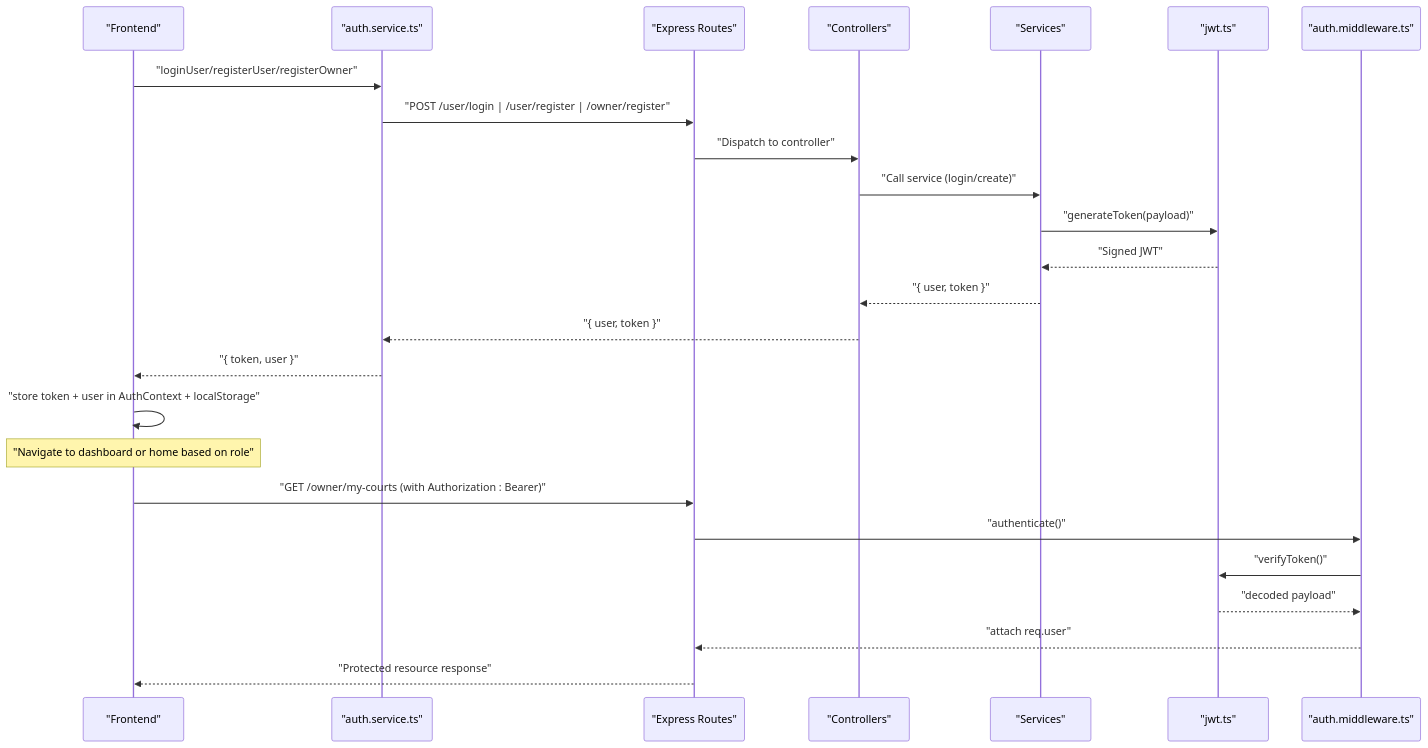
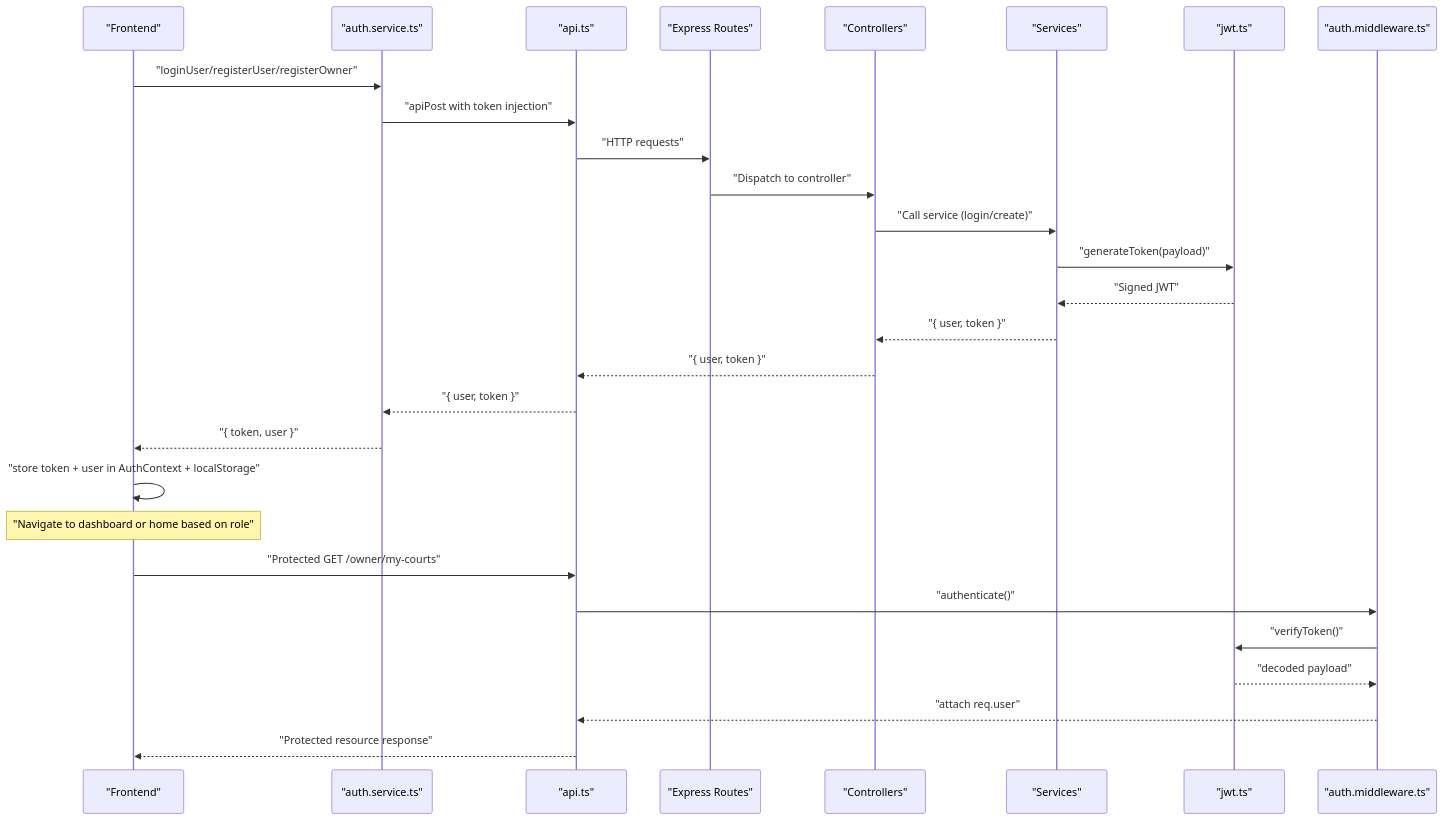
The second of 10 diagrams in .qoder/repowiki/en/content/Authentication & Authorization/Authentication & Authorization.md (nguyencongtrung2001/Do-An), drawn with Mermaid before and after one commit. The commit also changed other lines of this file and 12 other files, not shown here.

````diff
--- a/.qoder/repowiki/en/content/Authentication & Authorization/Authentication & Authorization.md
+++ b/.qoder/repowiki/en/content/Authentication & Authorization/Authentication & Authorization.md
@@ -140,27 +164,30 @@
 ```mermaid
 sequenceDiagram
 participant FE as "Frontend"
 participant SVC as "auth.service.ts"
-participant API as "Express Routes"
+participant API as "api.ts"
+participant ROUTES as "Express Routes"
 participant CTRL as "Controllers"
 participant SRV as "Services"
 participant JWT as "jwt.ts"
 participant M as "auth.middleware.ts"
 FE->>SVC : "loginUser/registerUser/registerOwner"
-SVC->>API : "POST /user/login | /user/register | /owner/register"
-API->>CTRL : "Dispatch to controller"
+SVC->>API : "apiPost with token injection"
+API->>ROUTES : "HTTP requests"
+ROUTES->>CTRL : "Dispatch to controller"
 CTRL->>SRV : "Call service (login/create)"
 SRV->>JWT : "generateToken(payload)"
 JWT-->>SRV : "Signed JWT"
 SRV-->>CTRL : "{ user, token }"
-CTRL-->>SVC : "{ user, token }"
+CTRL-->>API : "{ user, token }"
+API-->>SVC : "{ user, token }"
 SVC-->>FE : "{ token, user }"
 FE->>FE : "store token + user in AuthContext + localStorage"
 Note over FE : "Navigate to dashboard or home based on role"
-FE->>API : "GET /owner/my-courts (with Authorization : Bearer)"
+FE->>API : "Protected GET /owner/my-courts"
 API->>M : "authenticate()"
 M->>JWT : "verifyToken()"
 JWT-->>M : "decoded payload"
 M-->>API : "attach req.user"
 API-->>FE : "Protected resource response"
 ```
````
